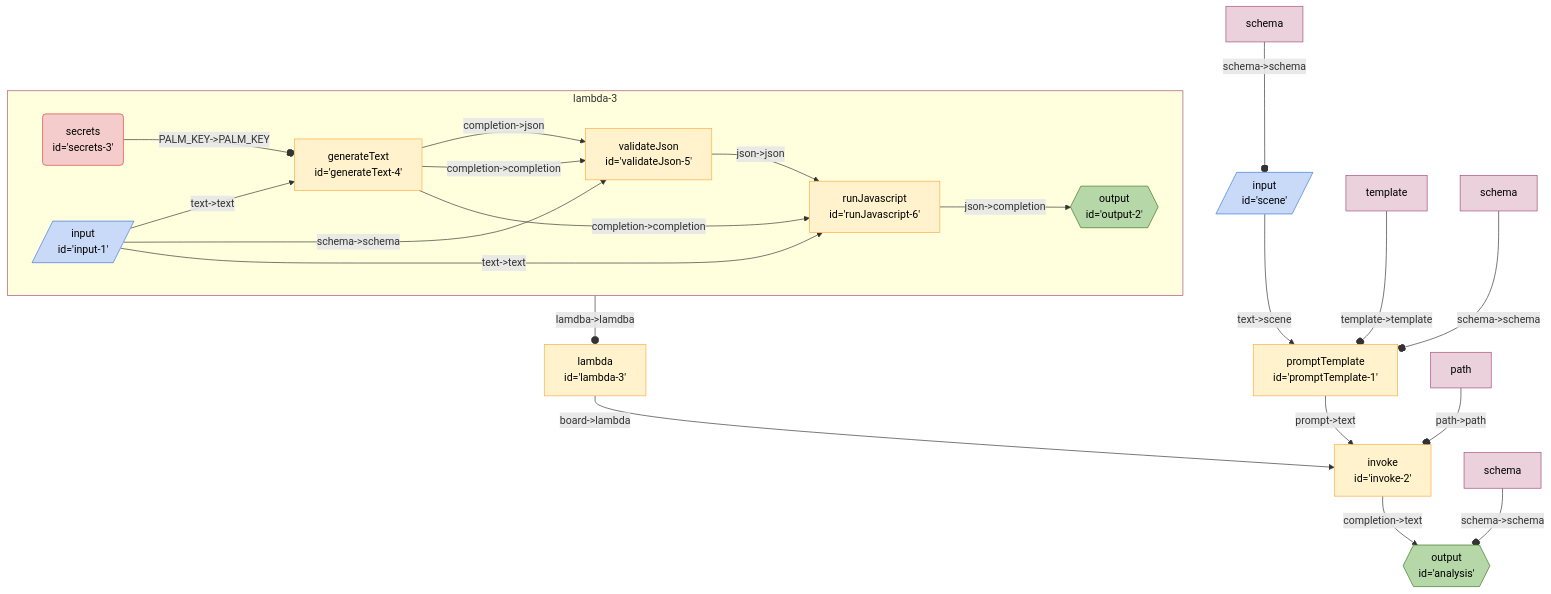
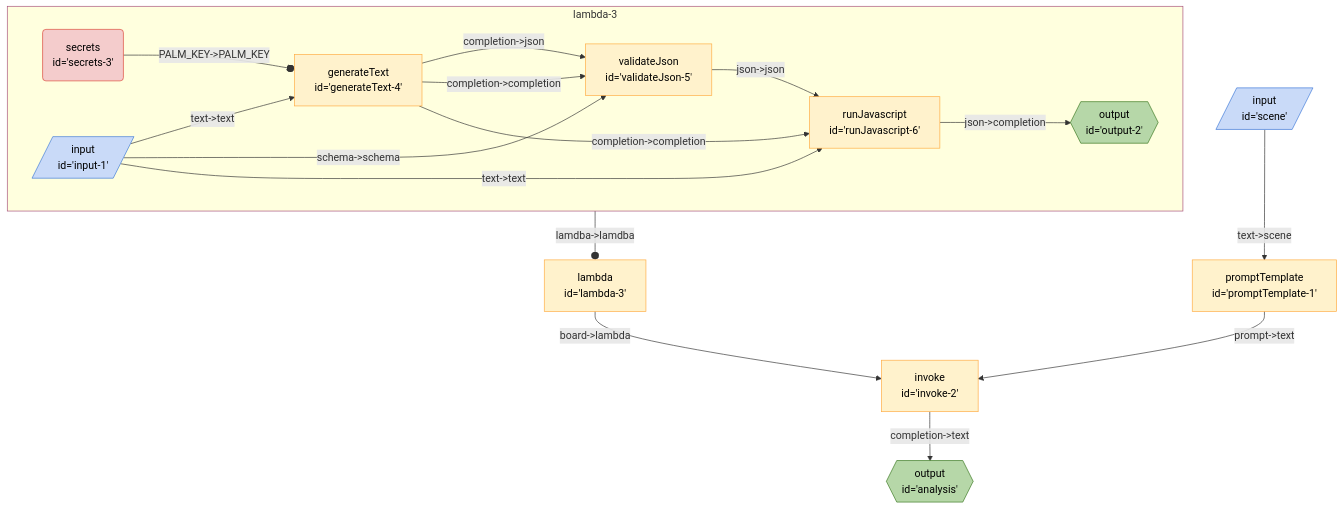
The diagram in seeds/graph-playground/docs/graphs/relationship-json.md (breadboard-ai/breadboard), drawn with Mermaid before and after one commit. The commit also changed 30 other files, not shown here.

````diff
--- a/seeds/graph-playground/docs/graphs/relationship-json.md
+++ b/seeds/graph-playground/docs/graphs/relationship-json.md
@@ -5,40 +5,29 @@
   ```mermaid
   %%{init: 'themeVariables': { 'fontFamily': 'Fira Code, monospace' }}%%
 graph TD;
 lambda3["lambda <br> id='lambda-3'"] -- "board->lambda" --> invoke2["invoke <br> id='invoke-2'"]
 subgraph sg_lambda3 [lambda-3]
 lambda3_secrets3("secrets <br> id='secrets-3'"):::secrets -- "PALM_KEY->PALM_KEY" --o lambda3_generateText4["generateText <br> id='generateText-4'"]
 lambda3_input1[/"input <br> id='input-1'"/]:::input -- "text->text" --> lambda3_generateText4["generateText <br> id='generateText-4'"]
 lambda3_generateText4["generateText <br> id='generateText-4'"] -- "completion->json" --> lambda3_validateJson5["validateJson <br> id='validateJson-5'"]
 lambda3_input1[/"input <br> id='input-1'"/]:::input -- "schema->schema" --> lambda3_validateJson5["validateJson <br> id='validateJson-5'"]
 lambda3_validateJson5["validateJson <br> id='validateJson-5'"] -- "json->json" --> lambda3_runJavascript6["runJavascript <br> id='runJavascript-6'"]
 lambda3_input1[/"input <br> id='input-1'"/]:::input -- "text->text" --> lambda3_runJavascript6["runJavascript <br> id='runJavascript-6'"]
 lambda3_runJavascript6["runJavascript <br> id='runJavascript-6'"] -- "json->completion" --> lambda3_output2{{"output <br> id='output-2'"}}:::output
 lambda3_generateText4["generateText <br> id='generateText-4'"] -- "completion->completion" --> lambda3_validateJson5["validateJson <br> id='validateJson-5'"]
 lambda3_generateText4["generateText <br> id='generateText-4'"] -- "completion->completion" --> lambda3_runJavascript6["runJavascript <br> id='runJavascript-6'"]
-
-
-
-
-
 end
 sg_lambda3:::slotted -- "lamdba->lamdba" --o lambda3
 
 invoke2["invoke <br> id='invoke-2'"] -- "completion->text" --> analysis{{"output <br> id='analysis'"}}:::output
 promptTemplate1["promptTemplate <br> id='promptTemplate-1'"] -- "prompt->text" --> invoke2["invoke <br> id='invoke-2'"]
 scene[/"input <br> id='scene'"/]:::input -- "text->scene" --> promptTemplate1["promptTemplate <br> id='promptTemplate-1'"]
-schemascene[schema]:::config -- "schema->schema" --o scene
-templatepromptTemplate1[template]:::config -- "template->template" --o promptTemplate1
-schemapromptTemplate1[schema]:::config -- "schema->schema" --o promptTemplate1
-pathinvoke2[path]:::config -- "path->path" --o invoke2
-
-schemaanalysis[schema]:::config -- "schema->schema" --o analysis
 classDef default stroke:#ffab40,fill:#fff2ccff,color:#000
 classDef input stroke:#3c78d8,fill:#c9daf8ff,color:#000
 classDef output stroke:#38761d,fill:#b6d7a8ff,color:#000
 classDef passthrough stroke:#a64d79,fill:#ead1dcff,color:#000
 classDef slot stroke:#a64d79,fill:#ead1dcff,color:#000
 classDef config stroke:#a64d79,fill:#ead1dcff,color:#000
 classDef secrets stroke:#db4437,fill:#f4cccc,color:#000
 classDef slotted stroke:#a64d79
   ```
````
